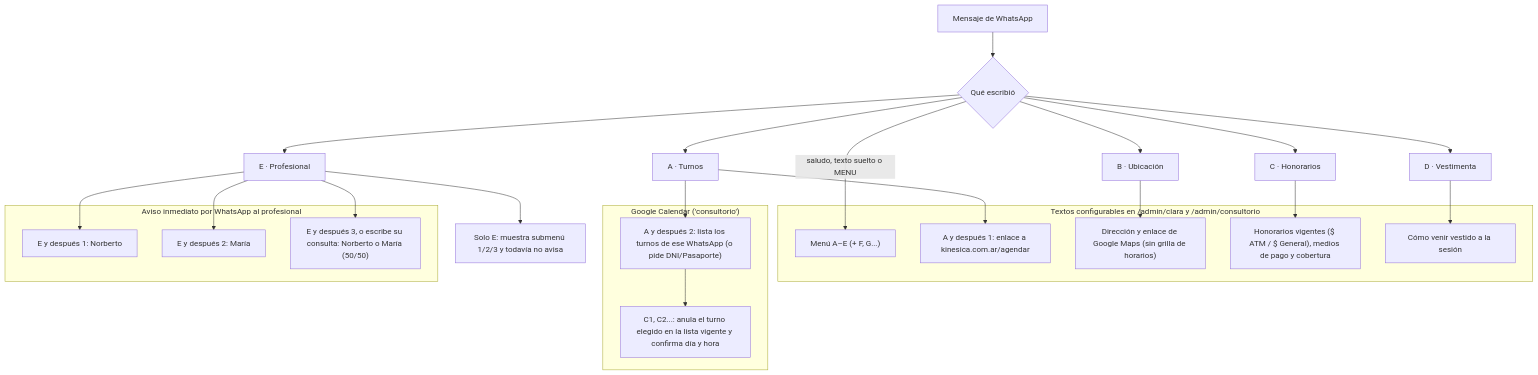
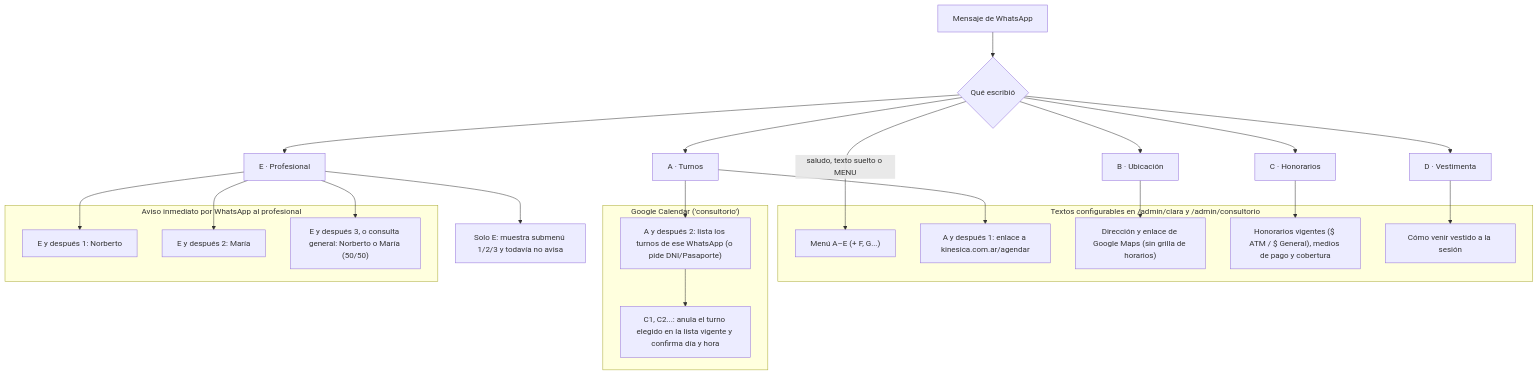
One commit to MartinBrude/kinesica changed the first of 2 diagrams in docs/manual-clara.md. Above: the diagram before and after it, drawn with Mermaid. The commit also changed other lines of this file and 10 other files, not shown here.

````diff
--- a/docs/manual-clara.md
+++ b/docs/manual-clara.md
@@ -95,41 +108,41 @@
 ```mermaid
 flowchart TD
   msg["Mensaje de WhatsApp"] --> opcion{"Qué escribió"}
 
   opcion -->|"saludo, texto suelto o MENU"| menu["Menú A–E (+ F, G...)"]
   opcion --> turnos["A · Turnos"]
   opcion --> lugar["B · Ubicación"]
   opcion --> precios["C · Honorarios"]
   opcion --> ropa["D · Vestimenta"]
   opcion --> quien["E · Profesional"]
 
   subgraph admin ["Textos configurables en /admin/clara y /admin/consultorio"]
     menu
     enlace["A y después 1: enlace a kinesica.com.ar/agendar"]
     lugarTxt["Dirección y enlace de Google Maps (sin grilla de horarios)"]
     preciosTxt["Honorarios vigentes ($ ATM / $ General), medios de pago y cobertura"]
     ropaTxt["Cómo venir vestido a la sesión"]
   end
 
   subgraph calendario ["Google Calendar ('consultorio')"]
     lista["A y después 2: lista los turnos de ese WhatsApp (o pide DNI/Pasaporte)"]
     anula["C1, C2...: anula el turno elegido en la lista vigente y confirma día y hora"]
   end
 
   subgraph aviso ["Aviso inmediato por WhatsApp al profesional"]
     norberto["E y después 1: Norberto"]
     maria["E y después 2: María"]
-    equipo["E y después 3, o escribe su consulta: Norberto o María (50/50)"]
+    equipo["E y después 3, o consulta general: Norberto o María (50/50)"]
   end
 
   turnos --> enlace
   turnos --> lista
   lista --> anula
   lugar --> lugarTxt
   precios --> preciosTxt
   ropa --> ropaTxt
   quien --> pregunta["Solo E: muestra submenú 1/2/3 y todavía no avisa"]
   quien --> norberto
   quien --> maria
   quien --> equipo
 ```
````
